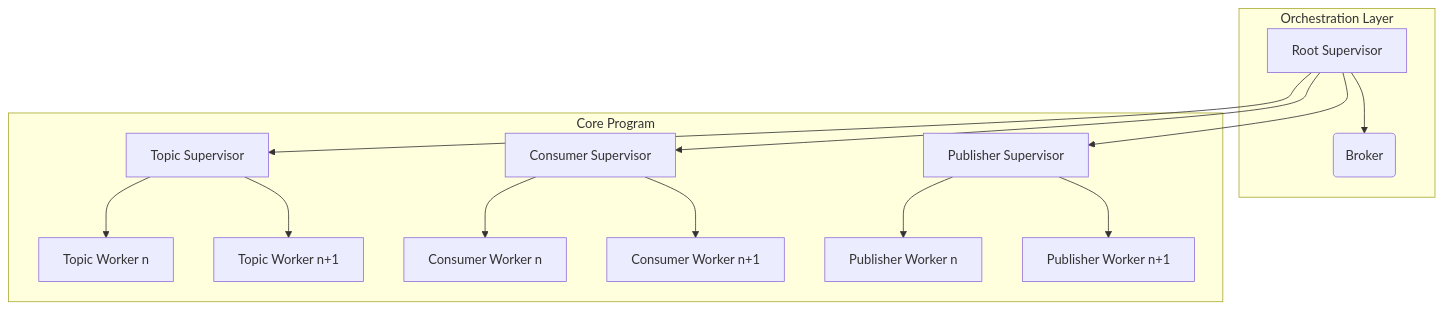
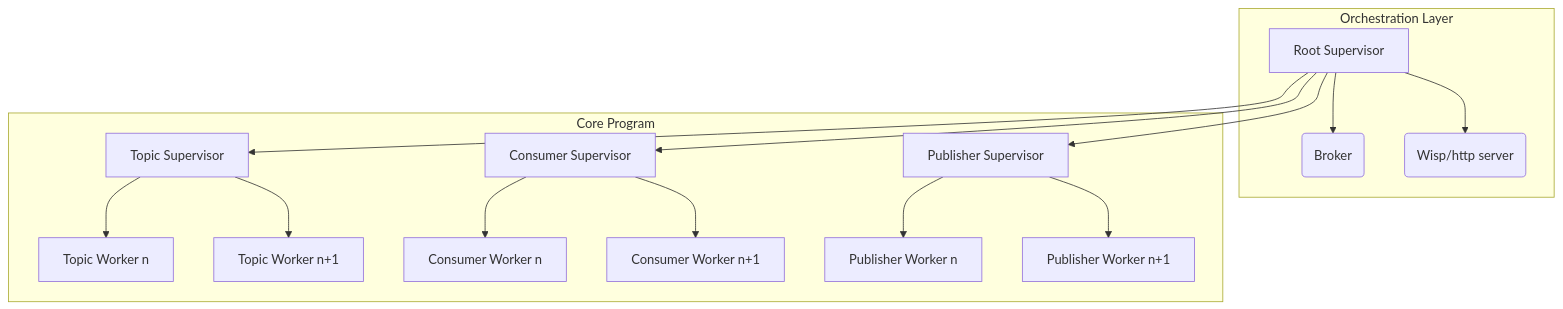
Before and after one commit to jotuel/beam_broker: the diagram in docs/architecture.md, drawn with Mermaid. The commit also changed 3 other files, not shown here.

````diff
--- a/docs/architecture.md
+++ b/docs/architecture.md
@@ -3,23 +3,24 @@
 ```mermaid
 flowchart TD
     subgraph orchestration[Orchestration Layer]
         Root[Root Supervisor]
 
         Root --> Broker(Broker)
+        Root --> Wisp(Wisp/http server)
     end
 
     subgraph core[Core Program]
         Root --> TopicSup[Topic Supervisor]
         Root --> ConsumerSup[Consumer Supervisor]
         Root --> PublisherSup[Publisher Supervisor]
 
         TopicSup --> T1[Topic Worker n]
         TopicSup --> T2[Topic Worker n+1]
 
         ConsumerSup --> C1[Consumer Worker n]
         ConsumerSup --> C2[Consumer Worker n+1]
 
         PublisherSup --> S1[Publisher Worker n]
         PublisherSup --> S2[Publisher Worker n+1]
     end
 ```
````
